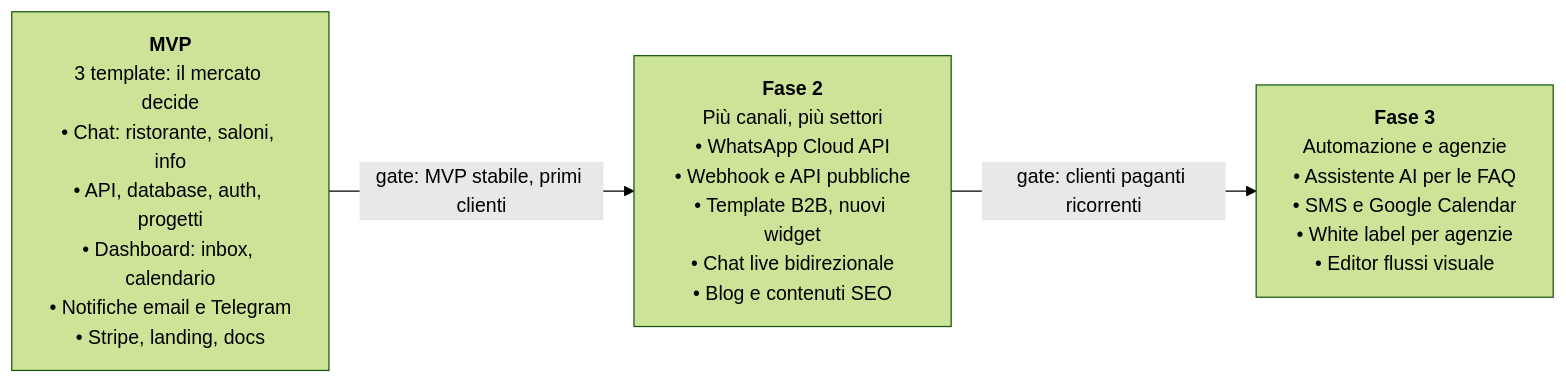
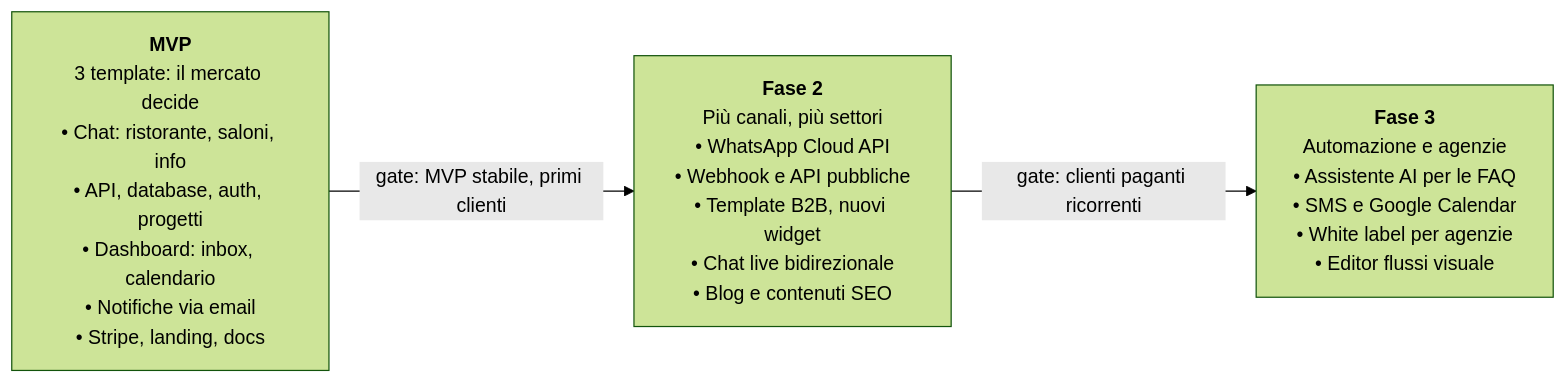
The first of 2 diagrams in docs/documentazione-progetto.md (OscarIuliano/snippo), drawn with Mermaid (forest theme) before and after one commit. The commit also changed other lines of this file and 2 other files, not shown here.

First line of the commit message:
docs: rimuove Telegram dai canali di notifica

````diff
--- a/docs/documentazione-progetto.md
+++ b/docs/documentazione-progetto.md
@@ -156,8 +156,8 @@
 ```mermaid
 flowchart LR
-    MVP["<b>MVP</b><br/>3 template: il mercato decide<br/>• Chat: ristorante, saloni, info<br/>• API, database, auth, progetti<br/>• Dashboard: inbox, calendario<br/>• Notifiche email e Telegram<br/>• Stripe, landing, docs"]
+    MVP["<b>MVP</b><br/>3 template: il mercato decide<br/>• Chat: ristorante, saloni, info<br/>• API, database, auth, progetti<br/>• Dashboard: inbox, calendario<br/>• Notifiche via email<br/>• Stripe, landing, docs"]
     F2["<b>Fase 2</b><br/>Più canali, più settori<br/>• WhatsApp Cloud API<br/>• Webhook e API pubbliche<br/>• Template B2B, nuovi widget<br/>• Chat live bidirezionale<br/>• Blog e contenuti SEO"]
     F3["<b>Fase 3</b><br/>Automazione e agenzie<br/>• Assistente AI per le FAQ<br/>• SMS e Google Calendar<br/>• White label per agenzie<br/>• Editor flussi visuale"]
     MVP -- "gate: MVP stabile, primi clienti" --> F2
     F2 -- "gate: clienti paganti ricorrenti" --> F3
 ```
````
